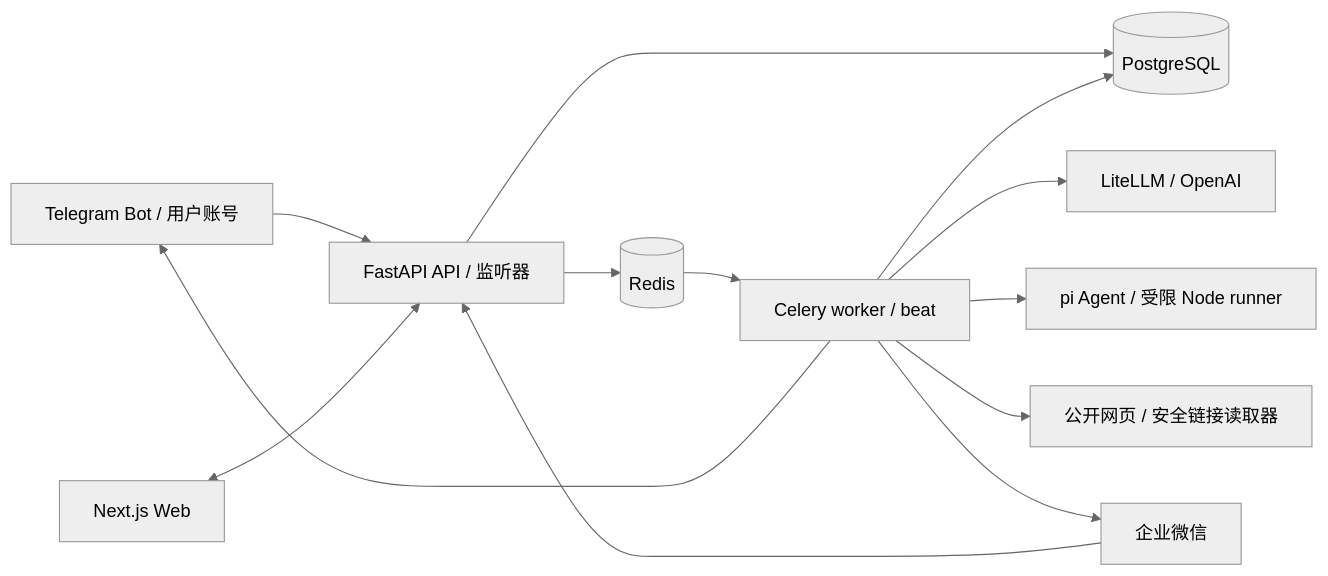
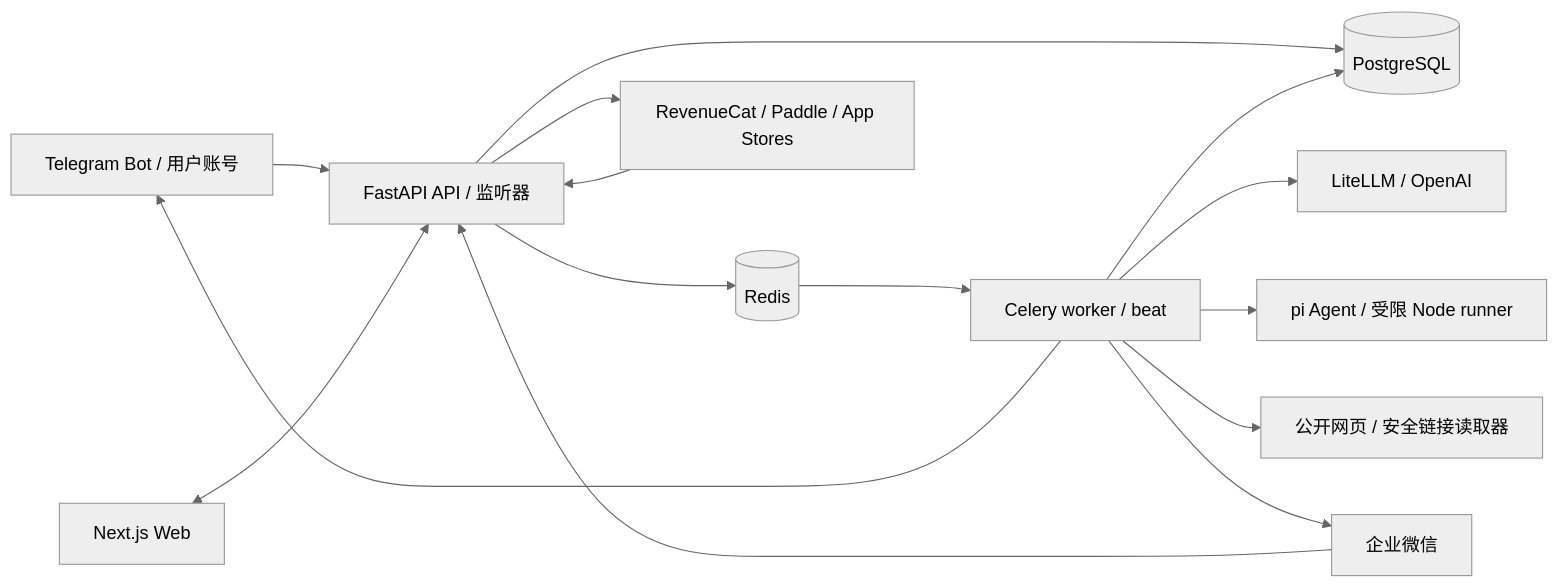
One commit to story2u/OpenMIRA changed the first of 4 diagrams in docs/architecture/overview.md. Above: the diagram before and after it, drawn with Mermaid (neutral theme). The commit also changed other lines of this file and 23 other files, not shown here.

````diff
--- a/docs/architecture/overview.md
+++ b/docs/architecture/overview.md
@@ -10,15 +10,17 @@
 ```mermaid
 flowchart LR
     TG["Telegram Bot / 用户账号"] --> API["FastAPI API / 监听器"]
     WC["企业微信"] --> API
     WEB["Next.js Web"] <--> API
     API --> PG[(PostgreSQL)]
     API --> REDIS[(Redis)]
     REDIS --> CELERY["Celery worker / beat"]
     CELERY --> PG
     CELERY --> AI["LiteLLM / OpenAI"]
     CELERY --> PI["pi Agent / 受限 Node runner"]
     CELERY --> WEBLINK["公开网页 / 安全链接读取器"]
     CELERY --> TG
     CELERY --> WC
+    RC["RevenueCat / Paddle / App Stores"] --> API
+    API --> RC
 ```
````
